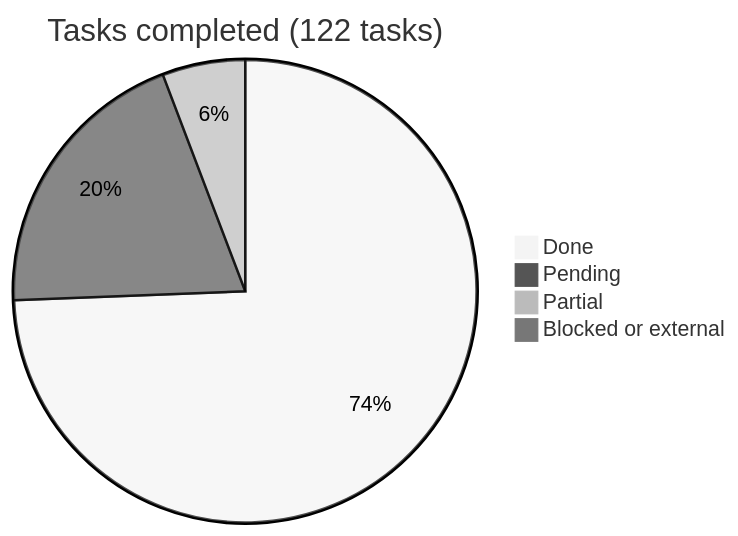
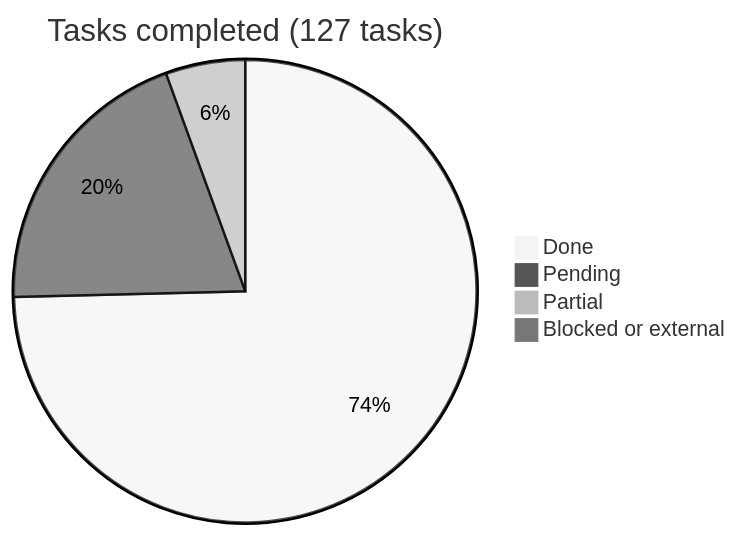
One commit to araguaney-lat/araguaney-app changed the diagram in docs/roadmap/README.md. Above: the diagram before and after it, drawn with Mermaid (neutral theme). The commit also changed other lines of this file and 12 other files, not shown here.

````diff
--- a/docs/roadmap/README.md
+++ b/docs/roadmap/README.md
@@ -16,7 +16,7 @@
 ```mermaid
-pie title Tasks completed (122 tasks)
-    "Done" : 90
-    "Pending" : 24
+pie title Tasks completed (127 tasks)
+    "Done" : 94
+    "Pending" : 25
     "Partial" : 7
     "Blocked or external" : 1
 ```
````
